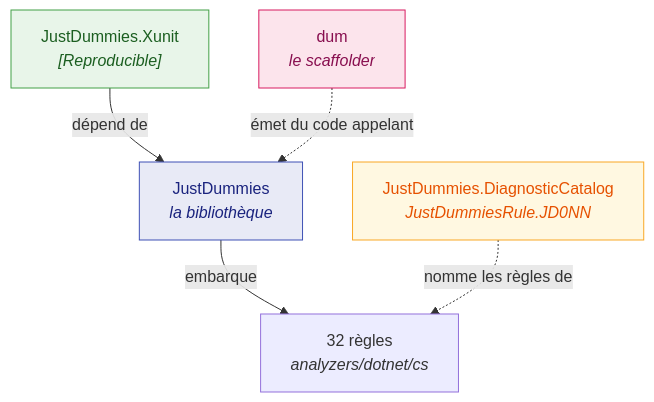
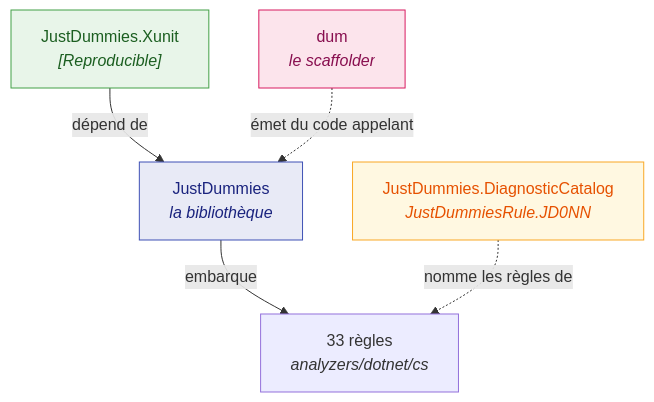
Before and after one commit to Reefact/just-dummies: the diagram in doc/handwritten/for-users/packages/README.fr.md, drawn with Mermaid. The commit also changed other lines of this file and 36 other files, not shown here.

````diff
--- a/doc/handwritten/for-users/packages/README.fr.md
+++ b/doc/handwritten/for-users/packages/README.fr.md
@@ -19,12 +19,12 @@
 ```mermaid
 flowchart TD
-    L["JustDummies<br/><i>la bibliothèque</i>"] -->|"embarque"| A["32 règles<br/><i>analyzers/dotnet/cs</i>"]
+    L["JustDummies<br/><i>la bibliothèque</i>"] -->|"embarque"| A["33 règles<br/><i>analyzers/dotnet/cs</i>"]
     X["JustDummies.Xunit<br/><i>[Reproducible]</i>"] -->|"dépend de"| L
     C["JustDummies.DiagnosticCatalog<br/><i>JustDummiesRule.JD0NN</i>"]
     C -.->|"nomme les règles de"| A
     D["dum<br/><i>le scaffolder</i>"] -.->|"émet du code appelant"| L
     style L fill:#e8eaf6,stroke:#3f51b5,color:#1a237e
     style X fill:#e8f5e9,stroke:#43a047,color:#1b5e20
     style C fill:#fff8e1,stroke:#f9a825,color:#e65100
     style D fill:#fce4ec,stroke:#d81b60,color:#880e4f
 ```
````
